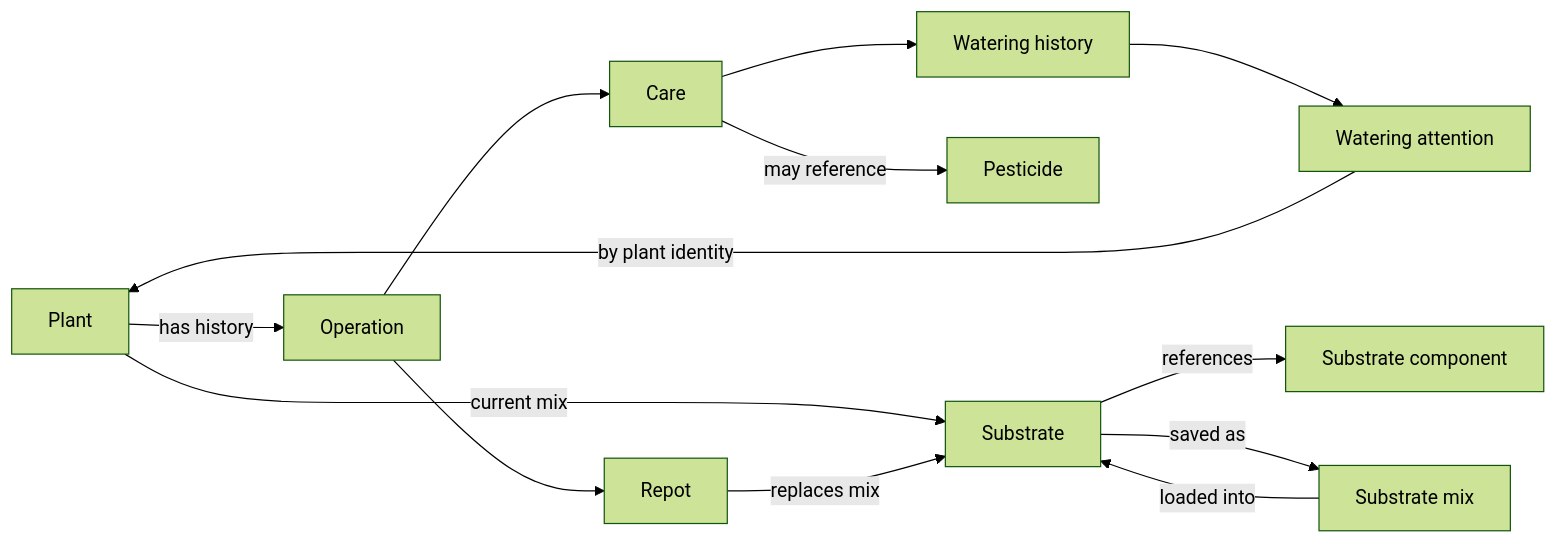
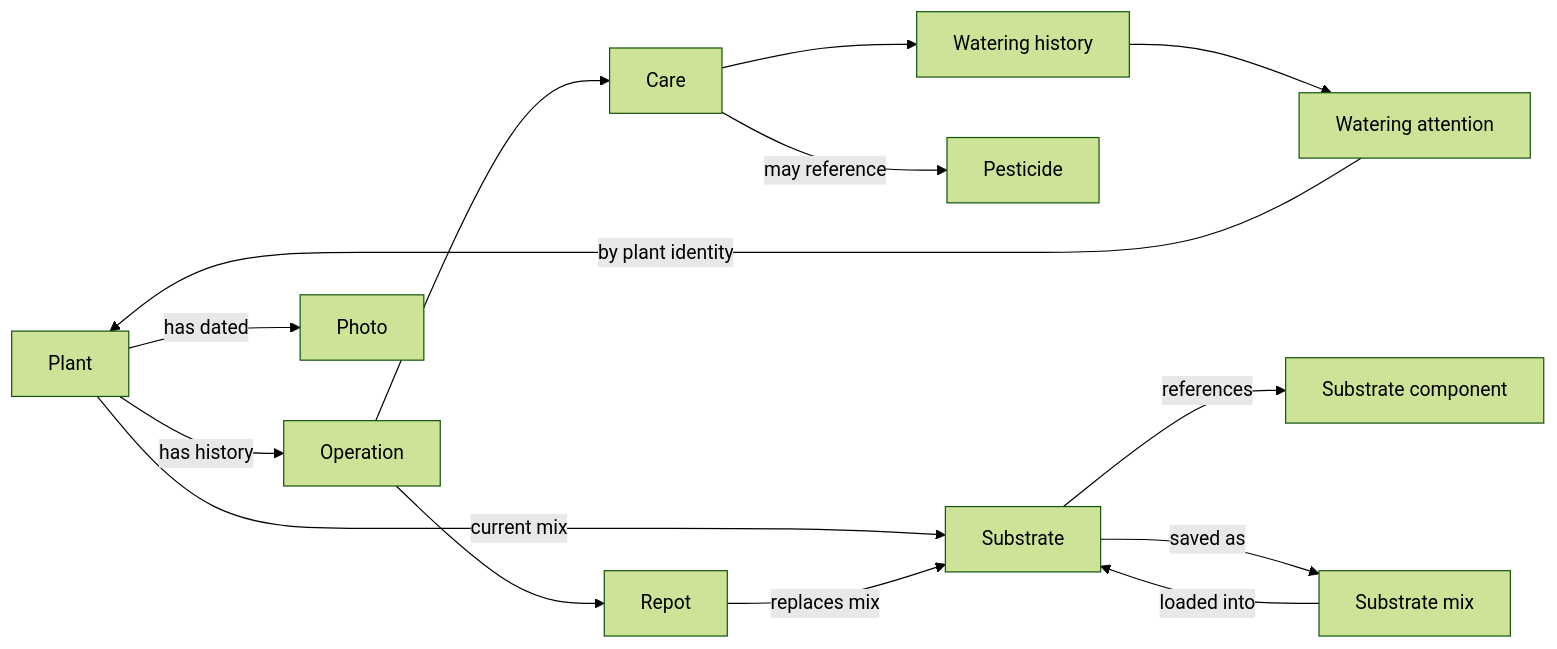
Before and after one commit to cosminci/gardening: the first of 2 diagrams in specs/design.md, drawn with Mermaid (forest theme). The commit also changed other lines of this file and 4 other files, not shown here.

````diff
--- a/specs/design.md
+++ b/specs/design.md
@@ -11,14 +11,15 @@
 ```mermaid
 flowchart LR
   Plant -->|has history| Operation
   Operation --> Care & Repot
   Plant -->|current mix| Substrate
   Repot -->|replaces mix| Substrate
   Substrate -->|references| Component["Substrate component"]
   Substrate -->|saved as| Mix["Substrate mix"]
   Mix -->|loaded into| Substrate
   Care -->|may reference| Pesticide
+  Plant -->|has dated| Photo
   Waterings["Watering history"] --> Attention["Watering attention"]
   Care --> Waterings
   Attention -->|by plant identity| Plant
 ```
````
